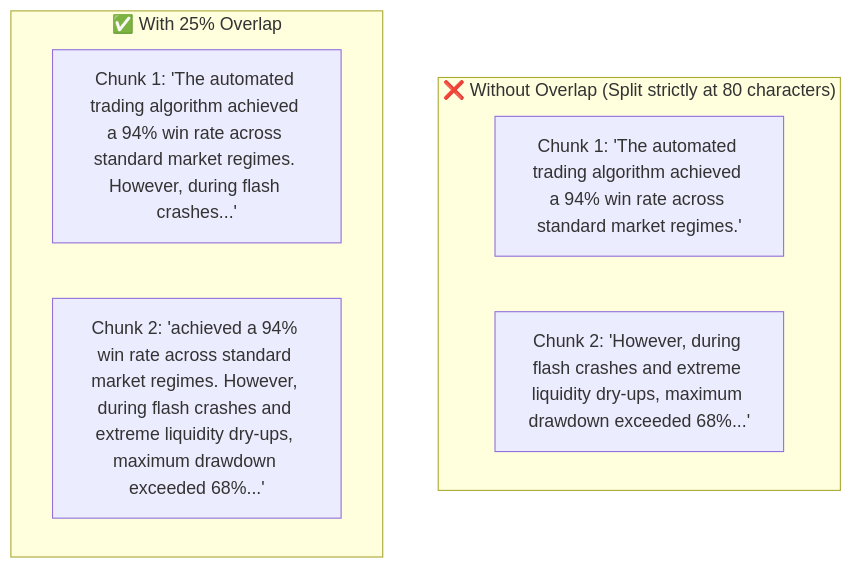
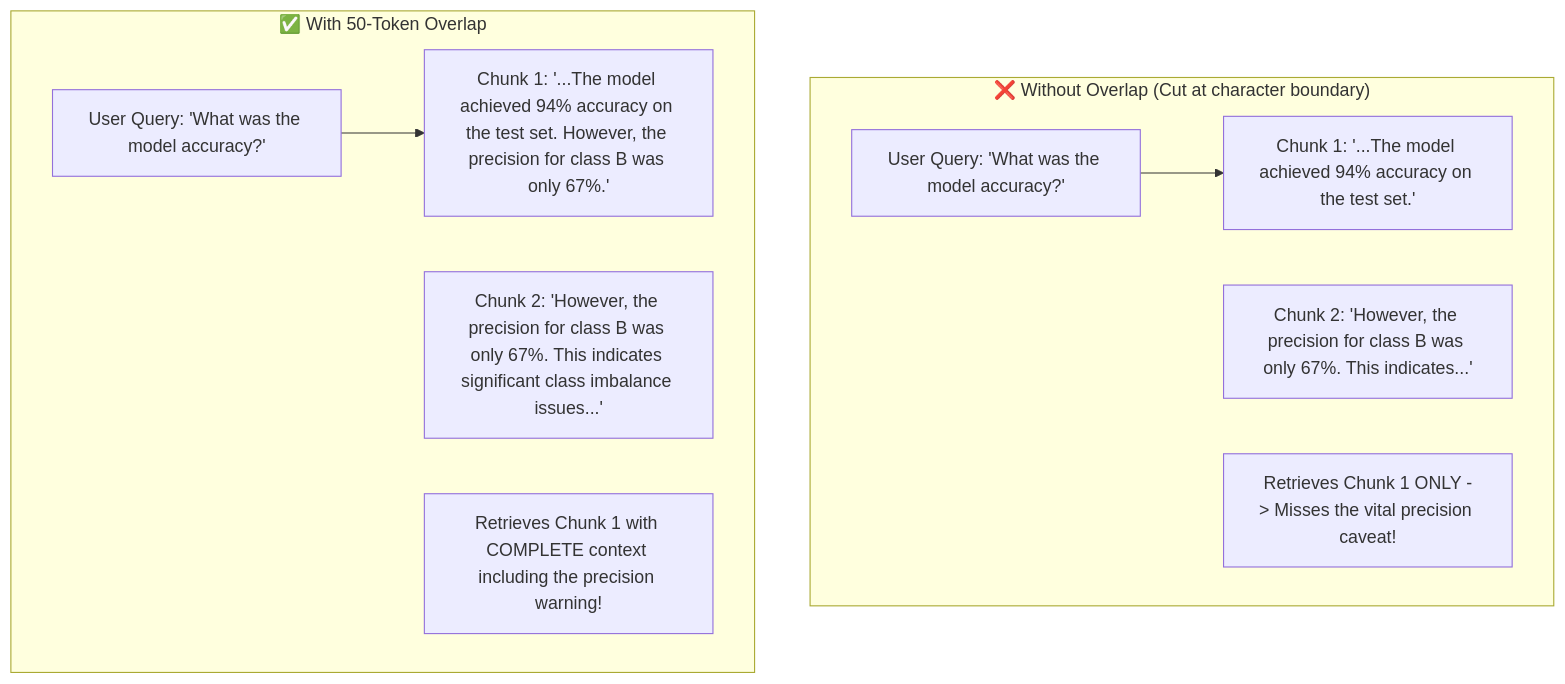
One commit to Nishant8826/theory-leaning changed the sixth of 31 diagrams in RAG/01_RAG_30_Questions.md. Above: the diagram before and after it, drawn with Mermaid. The commit also changed other lines of this file and 2 other files, not shown here.

````diff
--- a/RAG/01_RAG_30_Questions.md
+++ b/RAG/01_RAG_30_Questions.md
@@ -447,12 +413,16 @@
 ```mermaid
 flowchart TD
-    subgraph Without_Overlap["❌ Without Overlap (Split strictly at 80 characters)"]
-        C1["Chunk 1: 'The automated trading algorithm achieved a 94% win rate across standard market regimes.'"]
-        C2["Chunk 2: 'However, during flash crashes and extreme liquidity dry-ups, maximum drawdown exceeded 68%...'"]
+    subgraph Without_Overlap["❌ Without Overlap (Cut at character boundary)"]
+        C1["Chunk 1: '...The model achieved 94% accuracy on the test set.'"]
+        C2["Chunk 2: 'However, the precision for class B was only 67%. This indicates...'"]
+        Q1["User Query: 'What was the model accuracy?'"] --> C1
+        Note1["Retrieves Chunk 1 ONLY -> Misses the vital precision caveat!"]
     end
 
-    subgraph With_Overlap["✅ With 25% Overlap"]
-        OC1["Chunk 1: 'The automated trading algorithm achieved a 94% win rate across standard market regimes. However, during flash crashes...'"]
-        OC2["Chunk 2: 'achieved a 94% win rate across standard market regimes. However, during flash crashes and extreme liquidity dry-ups, maximum drawdown exceeded 68%...'"]
+    subgraph With_Overlap["✅ With 50-Token Overlap"]
+        OC1["Chunk 1: '...The model achieved 94% accuracy on the test set. However, the precision for class B was only 67%.'"]
+        OC2["Chunk 2: 'However, the precision for class B was only 67%. This indicates significant class imbalance issues...'"]
+        Q2["User Query: 'What was the model accuracy?'"] --> OC1
+        Note2["Retrieves Chunk 1 with COMPLETE context including the precision warning!"]
     end
 ```
````
